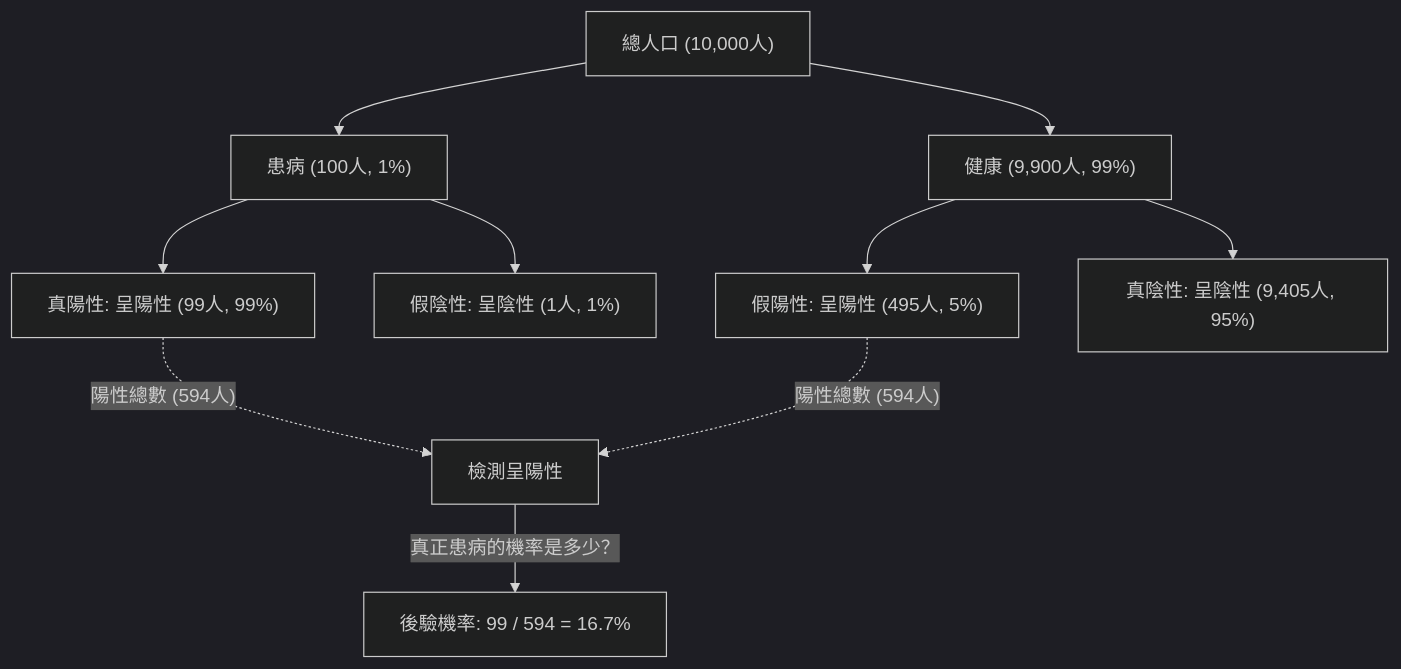
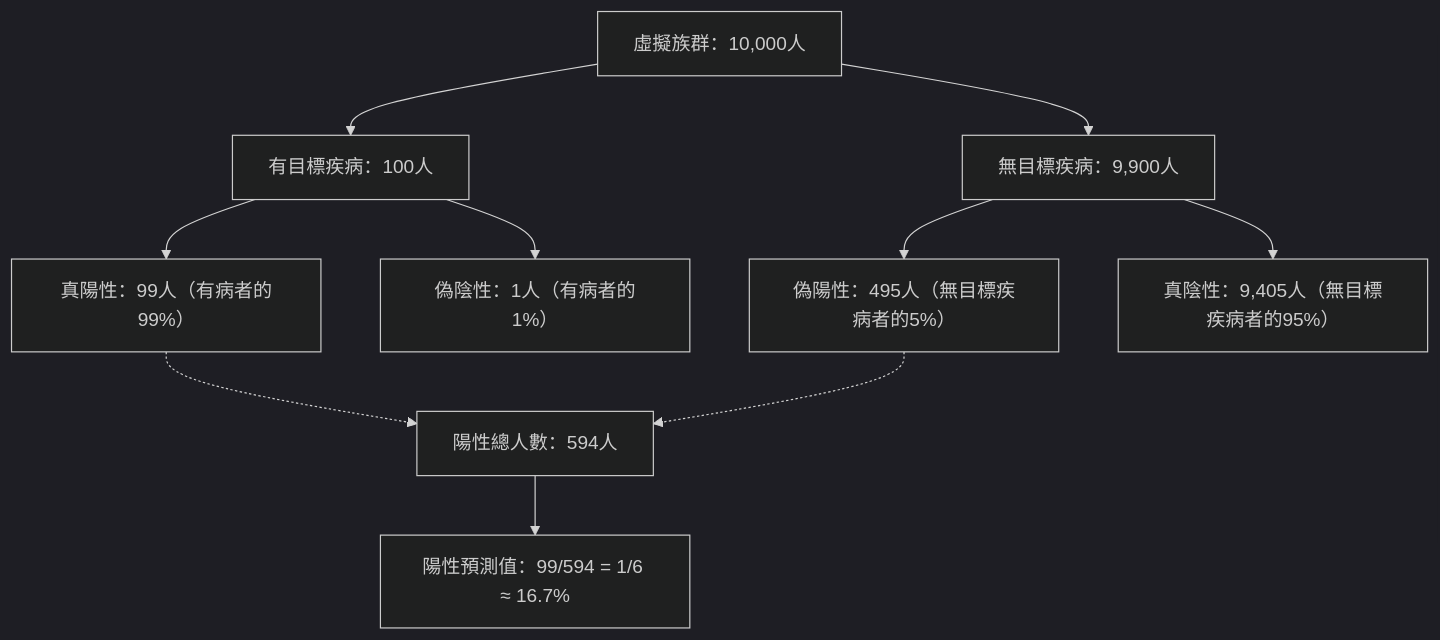
Before and after one commit to kenjinote/blog: the first of 2 diagrams in content/post/bayes-theorem/index.zh-tw.md, drawn with Mermaid (dark theme). The commit also changed other lines of this file and 8 other files, not shown here.

````diff
--- a/content/post/bayes-theorem/index.zh-tw.md
+++ b/content/post/bayes-theorem/index.zh-tw.md
@@ -83,16 +114,12 @@
 ```mermaid
 flowchart TD
-    Population["總人口 (10,000人)"] --> Disease["患病 (100人, 1%)"]
-    Population --> Healthy["健康 (9,900人, 99%)"]
-    
-    Disease --> TruePositive["真陽性: 呈陽性 (99人, 99%)"]
-    Disease --> FalseNegative["假陰性: 呈陰性 (1人, 1%)"]
-    
-    Healthy --> FalsePositive["假陽性: 呈陽性 (495人, 5%)"]
-    Healthy --> TrueNegative["真陰性: 呈陰性 (9,405人, 95%)"]
-
-    TruePositive -.->|"陽性總數 (594人)"| AllPositives["檢測呈陽性"]
-    FalsePositive -.->|"陽性總數 (594人)"| AllPositives
-    
-    AllPositives -->|"真正患病的機率是多少？"| Posterior["後驗機率: 99 / 594 = 16.7%"]
+    Population["虛擬族群：10,000人"] --> Disease["有目標疾病：100人"]
+    Population --> NoDisease["無目標疾病：9,900人"]
+    Disease --> TP["真陽性：99人（有病者的99%）"]
+    Disease --> FN["偽陰性：1人（有病者的1%）"]
+    NoDisease --> FP["偽陽性：495人（無目標疾病者的5%）"]
+    NoDisease --> TN["真陰性：9,405人（無目標疾病者的95%）"]
+    TP -.-> AllPositive["陽性總人數：594人"]
+    FP -.-> AllPositive
+    AllPositive --> PPV["陽性預測值：99/594 = 1/6 ≈ 16.7%"]
 ```
````
